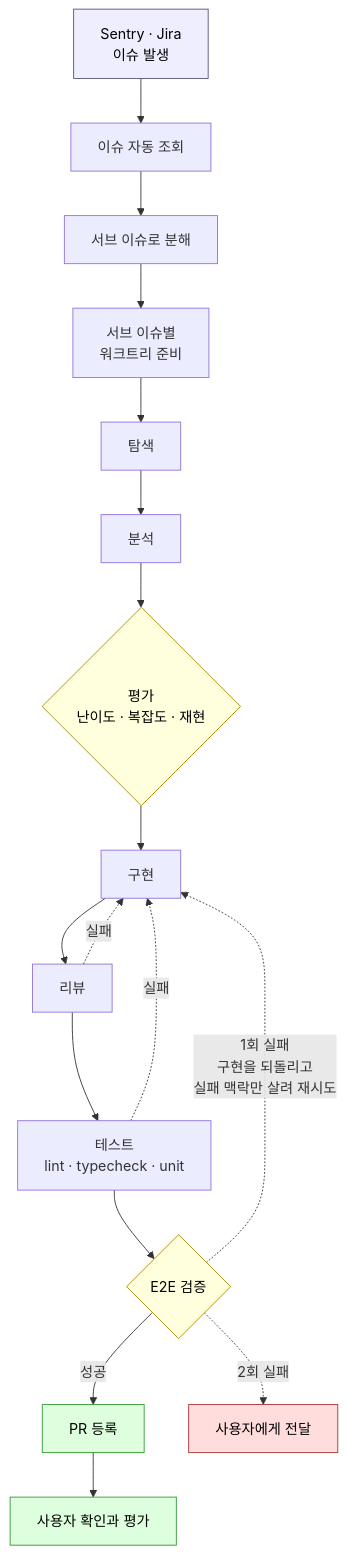
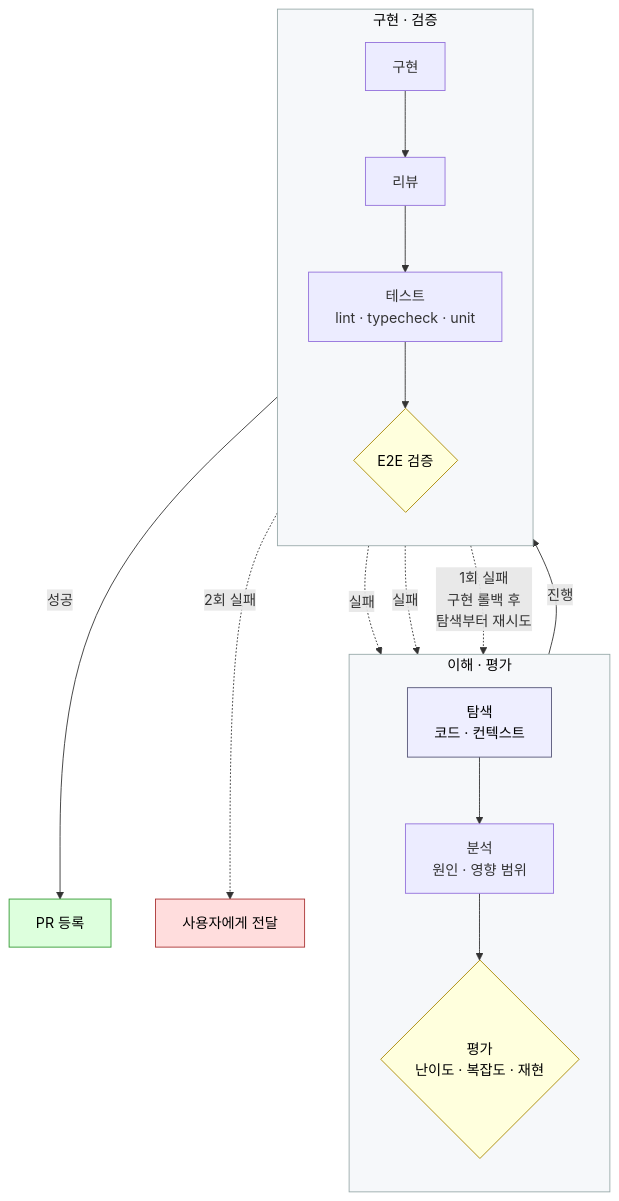
The second of 3 diagrams in README.md (inchan/inchan), drawn with Mermaid before and after one commit. The commit also changed other lines of this file, not shown here.

````diff
--- a/README.md
+++ b/README.md
@@ -51,29 +107,34 @@
 ```mermaid
 flowchart TD
-    A[Sentry · Jira<br/>이슈 발생] --> B[이슈 자동 조회]
-    B --> C[서브 이슈로 분해]
-    C --> D[서브 이슈별<br/>워크트리 준비]
-    D --> E[탐색]
-    E --> F[분석]
-    F --> G{평가<br/>난이도 · 복잡도 · 재현}
-    G --> H[구현]
-    H --> I[리뷰]
-    I --> J[테스트<br/>lint · typecheck · unit]
-    J --> K{E2E 검증}
-    K -->|성공| L[PR 등록]
-    L --> M[사용자 확인과 평가]
+    subgraph G1["이해 · 평가"]
+        direction TB
+        C1[탐색<br/>코드 · 컨텍스트] --> C2[분석<br/>원인 · 영향 범위]
+        C2 --> C3{평가<br/>난이도 · 복잡도 · 재현}
+    end
 
-    I -.실패.-> H
-    J -.실패.-> H
-    K -.1회 실패<br/>구현을 되돌리고<br/>실패 맥락만 살려 재시도.-> H
-    K -.2회 실패.-> N[사용자에게 전달]
+    subgraph G2["구현 · 검증"]
+        direction TB
+        D1[구현] --> D2[리뷰]
+        D2 --> D3[테스트<br/>lint · typecheck · unit]
+        D3 --> D4{E2E 검증}
+    end
+
+    C3 -->|진행| D1
+    D4 -->|성공| E1[PR 등록]
+
+    D2 -.실패.-> C1
+    D3 -.실패.-> C1
+    D4 -.1회 실패<br/>구현 롤백 후<br/>탐색부터 재시도.-> C1
+    D4 -.2회 실패.-> X[사용자에게 전달]
 
     classDef start fill:#eef,stroke:#557,color:#000
     classDef gate  fill:#ffd,stroke:#a80,color:#000
     classDef done  fill:#dfd,stroke:#393,color:#000
     classDef fail  fill:#fdd,stroke:#a33,color:#000
-    class A start
-    class G,K gate
-    class L,M done
-    class N fail
+    classDef stage fill:#f6f8fa,stroke:#9aa,color:#000
+    class C1 start
+    class C3,D4 gate
+    class E1 done
+    class X fail
+    class G1,G2 stage
 ```
````
